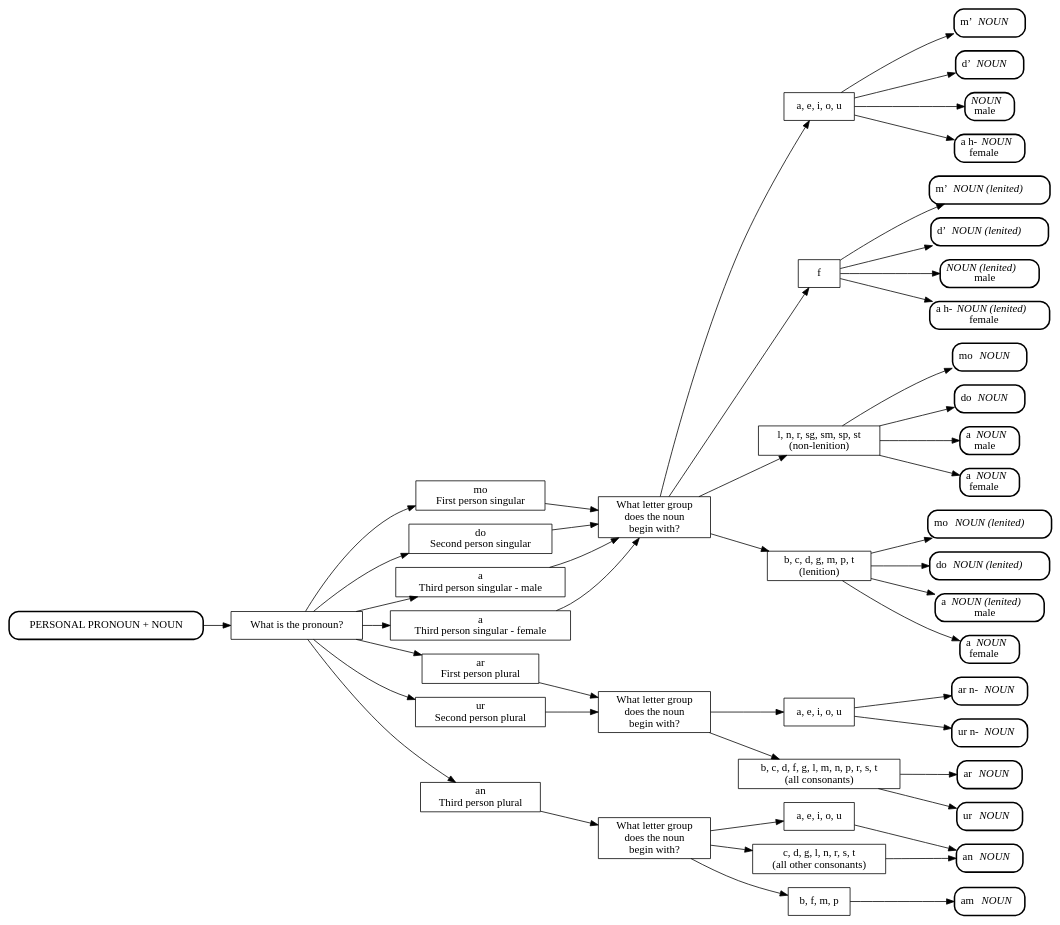
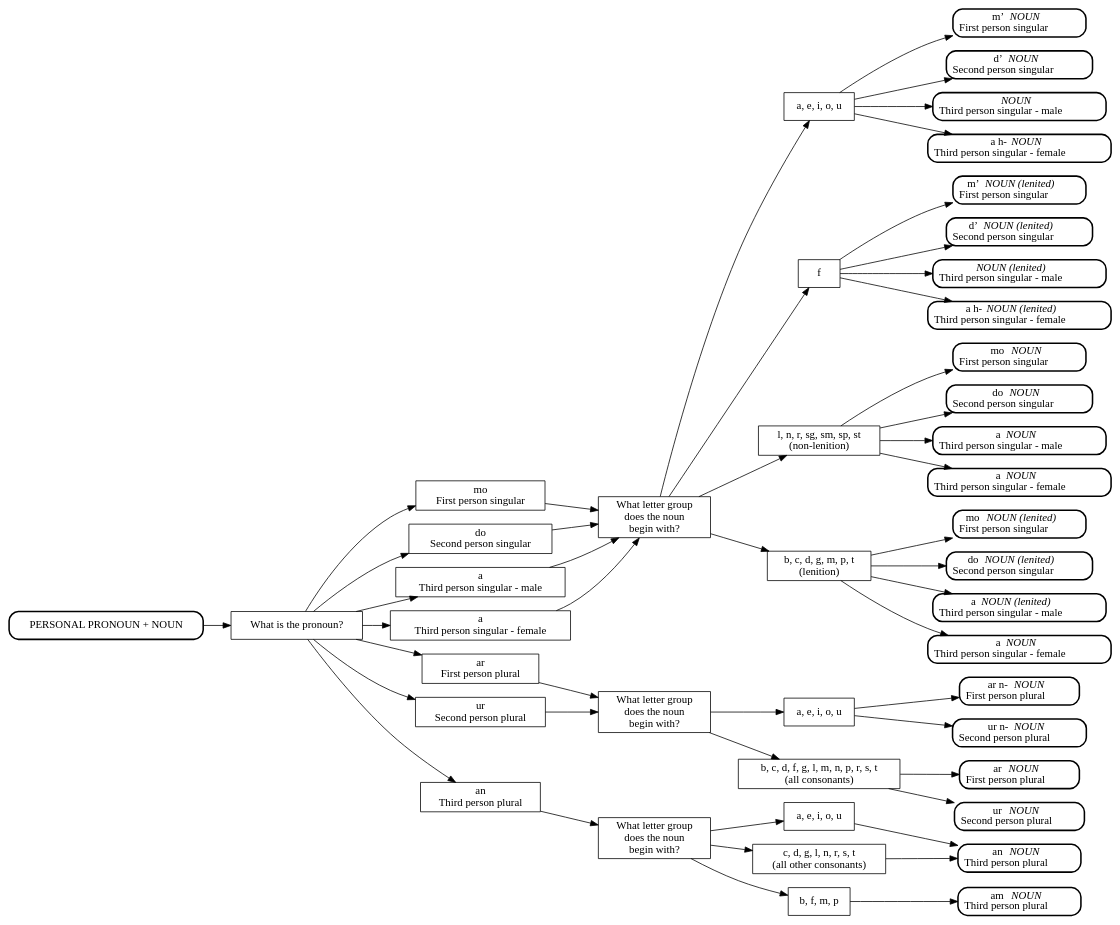
One commit to ComputationalGaelic/GaelicDiagrams changed the diagram in gaelic_diagrams/nouns/possessive_article.dot. Above: the diagram before and after it, drawn with Graphviz.

Commit message:
possessive article labels

```diff
--- a/gaelic_diagrams/nouns/possessive_article.dot
+++ b/gaelic_diagrams/nouns/possessive_article.dot
@@ -1,122 +1,122 @@
 digraph possessive_article {
 	rankdir=LR;
 	node [shape = box];
 	/* nodes */
 	START							[label="PERSONAL PRONOUN + NOUN", style="rounded, bold"];
 	what_pronoun					[label="What is the pronoun?"];
 	first_person_singular			[label="mo\nFirst person singular"];
 	second_person_singular			[label="do\nSecond person singular"];
 	third_person_singular_m			[label="a\nThird person singular - male"];
 	third_person_singular_f			[label="a\nThird person singular - female"];
 	first_person_plural				[label="ar\nFirst person plural"];
 	second_person_plural			[label="ur\nSecond person plural"];
 	third_person_plural				[label="an\nThird person plural"];
 	first_letter_singular			[label="What letter group\ndoes the noun\nbegin with?"];
 	first_letter_plural				[label="What letter group\ndoes the noun\nbegin with?"];
 	first_letter_plural_third		[label="What letter group\ndoes the noun\nbegin with?"];
 	vowel_group_singular			[label="a, e, i, o, u"];
 	f_group		    				[label="f"];
 	non_lenition_group				[label="l, n, r, sg, sm, sp, st\n(non-lenition)"];
 	lenition_group					[label="b, c, d, g, m, p, t\n(lenition)"];
 	vowel_group_plural				[label="a, e, i, o, u"];
 	all_consonants					[label="b, c, d, f, g, l, m, n, p, r, s, t\n(all consonants)"];
 	vowel_group_plural_third		[label="a, e, i, o, u"];
 	bfmp_group						[label="b, f, m, p"];
 	all_other_consonants			[label="c, d, g, l, n, r, s, t\n(all other consonants)"];
-	first_person_singular_vowel		[label=<m’ <i>NOUN</i> >, style="rounded, bold"];
-	first_person_singular_f			[label=<m’ <i>NOUN (lenited)</i> >, style="rounded, bold"];
-	first_person_singular_nonlen	[label=<mo <i>NOUN</i> >, style="rounded, bold"];
-	first_person_singular_len		[label=<mo <i>NOUN (lenited)</i> >, style="rounded, bold"];
-	second_person_singular_vowel	[label=<d’ <i>NOUN</i> >, style="rounded, bold"];
-	second_person_singular_f		[label=<d’ <i>NOUN (lenited)</i> >, style="rounded, bold"];
-	second_person_singular_nonlen	[label=<do <i>NOUN</i> >, style="rounded, bold"];
-	second_person_singular_len		[label=<do <i>NOUN (lenited)</i> >, style="rounded, bold"];
-	third_person_singular_vowel_m	[label=<<i>NOUN</i><br/>male >, style="rounded, bold"];
-	third_person_singular_f_m		[label=<<i>NOUN (lenited)</i><br/>male >, style="rounded, bold"];
-	third_person_singular_nonlen_m	[label=<a <i>NOUN</i><br/>male >, style="rounded, bold"];
-	third_person_singular_len_m		[label=<a <i>NOUN (lenited)</i><br/>male >, style="rounded, bold"];
-	third_person_singular_vowel_f	[label=<a h-<i>NOUN</i><br/>female >, style="rounded, bold"];
-	third_person_singular_f_f		[label=<a h-<i>NOUN (lenited)</i><br/>female >, style="rounded, bold"];
-	third_person_singular_nonlen_f	[label=<a <i>NOUN</i><br/>female >, style="rounded, bold"];
-	third_person_singular_len_f		[label=<a <i>NOUN</i><br/>female >, style="rounded, bold"];
-	first_person_plural_vowel		[label=<ar n-<i>NOUN</i>>, style="rounded, bold"];
-	first_person_plural_consonant	[label=<ar <i>NOUN</i>>, style="rounded, bold"];
-	second_person_plural_vowel		[label=<ur n-<i>NOUN</i>>, style="rounded, bold"];
-	second_person_plural_consonant	[label=<ur <i>NOUN</i>>, style="rounded, bold"];
-	third_person_plural_an			[label=<an <i>NOUN</i>>, style="rounded, bold"];
-	third_person_plural_am			[label=<am <i>NOUN</i>>, style="rounded, bold"];
+	first_person_singular_vowel		[label=<m’ <i>NOUN</i><br/>First person singular >, style="rounded, bold"];
+	first_person_singular_f			[label=<m’ <i>NOUN (lenited)</i><br/>First person singular >, style="rounded, bold"];
+	first_person_singular_nonlen	[label=<mo <i>NOUN</i><br/>First person singular >, style="rounded, bold"];
+	first_person_singular_len		[label=<mo <i>NOUN (lenited)</i><br/>First person singular >, style="rounded, bold"];
+	second_person_singular_vowel	[label=<d’ <i>NOUN</i><br/>Second person singular >, style="rounded, bold"];
+	second_person_singular_f		[label=<d’ <i>NOUN (lenited)</i><br/>Second person singular >, style="rounded, bold"];
+	second_person_singular_nonlen	[label=<do <i>NOUN</i><br/>Second person singular >, style="rounded, bold"];
+	second_person_singular_len		[label=<do <i>NOUN (lenited)</i><br/>Second person singular >, style="rounded, bold"];
+	third_person_singular_vowel_m	[label=<<i>NOUN</i><br/>Third person singular - male >, style="rounded, bold"];
+	third_person_singular_f_m		[label=<<i>NOUN (lenited)</i><br/>Third person singular - male >, style="rounded, bold"];
+	third_person_singular_nonlen_m	[label=<a <i>NOUN</i><br/>Third person singular - male >, style="rounded, bold"];
+	third_person_singular_len_m		[label=<a <i>NOUN (lenited)</i><br/>Third person singular - male >, style="rounded, bold"];
+	third_person_singular_vowel_f	[label=<a h-<i>NOUN</i><br/>Third person singular - female >, style="rounded, bold"];
+	third_person_singular_f_f		[label=<a h-<i>NOUN (lenited)</i><br/>Third person singular - female >, style="rounded, bold"];
+	third_person_singular_nonlen_f	[label=<a <i>NOUN</i><br/>Third person singular - female >, style="rounded, bold"];
+	third_person_singular_len_f		[label=<a <i>NOUN</i><br/>Third person singular - female >, style="rounded, bold"];
+	first_person_plural_vowel		[label=<ar n-<i>NOUN</i><br/>First person plural >, style="rounded, bold"];
+	first_person_plural_consonant	[label=<ar <i>NOUN</i><br/>First person plural >, style="rounded, bold"];
+	second_person_plural_vowel		[label=<ur n-<i>NOUN</i><br/>Second person plural >, style="rounded, bold"];
+	second_person_plural_consonant	[label=<ur <i>NOUN</i><br/>Second person plural>, style="rounded, bold"];
+	third_person_plural_an			[label=<an <i>NOUN</i><br/>Third person plural >, style="rounded, bold"];
+	third_person_plural_am			[label=<am <i>NOUN</i><br/>Third person plural >, style="rounded, bold"];
 	/* graph */
 	START -> what_pronoun;
 	what_pronoun -> {
 		first_person_singular, 
 		second_person_singular,
 		third_person_singular_m,
 		third_person_singular_f
 	} -> first_letter_singular;
 	first_letter_singular -> {
 		vowel_group_singular,
 		f_group,
 		non_lenition_group,
 		lenition_group
 	}
 	vowel_group_singular -> {
 		first_person_singular_vowel,
 		second_person_singular_vowel,
 		third_person_singular_vowel_m,
 		third_person_singular_vowel_f
 	}
 	f_group -> {
 		first_person_singular_f,
 		second_person_singular_f,
 		third_person_singular_f_m,
 		third_person_singular_f_f
 	}
 	non_lenition_group -> {
 		first_person_singular_nonlen,
 		second_person_singular_nonlen,
 		third_person_singular_nonlen_m,
 		third_person_singular_nonlen_f
 	}
 	lenition_group -> {
 		first_person_singular_len,
 		second_person_singular_len,
 		third_person_singular_len_m,
 		third_person_singular_len_f
 	}
 	what_pronoun -> {
 		first_person_plural,
 		second_person_plural
 	} -> first_letter_plural;
 	first_letter_plural -> {
 		vowel_group_plural,
 		all_consonants
 	}
 	vowel_group_plural -> {
 		first_person_plural_vowel,
 		second_person_plural_vowel
 	}
 	all_consonants -> {
 		first_person_plural_consonant,
 		second_person_plural_consonant
 	}
 	what_pronoun -> third_person_plural;
 	third_person_plural -> first_letter_plural_third
 	first_letter_plural_third -> {
 		vowel_group_plural_third,
 		bfmp_group,
 		all_other_consonants
 	}
 	vowel_group_plural_third -> third_person_plural_an;
 	all_other_consonants -> third_person_plural_an;
 	bfmp_group -> third_person_plural_am;
 	/* layout */
 	{rank=same; 
 		first_person_singular, 
 		second_person_singular,
 		third_person_singular_m,
 		third_person_singular_f,
 		first_person_plural,
 		second_person_plural,
 		third_person_plural
 	}
 }
```
